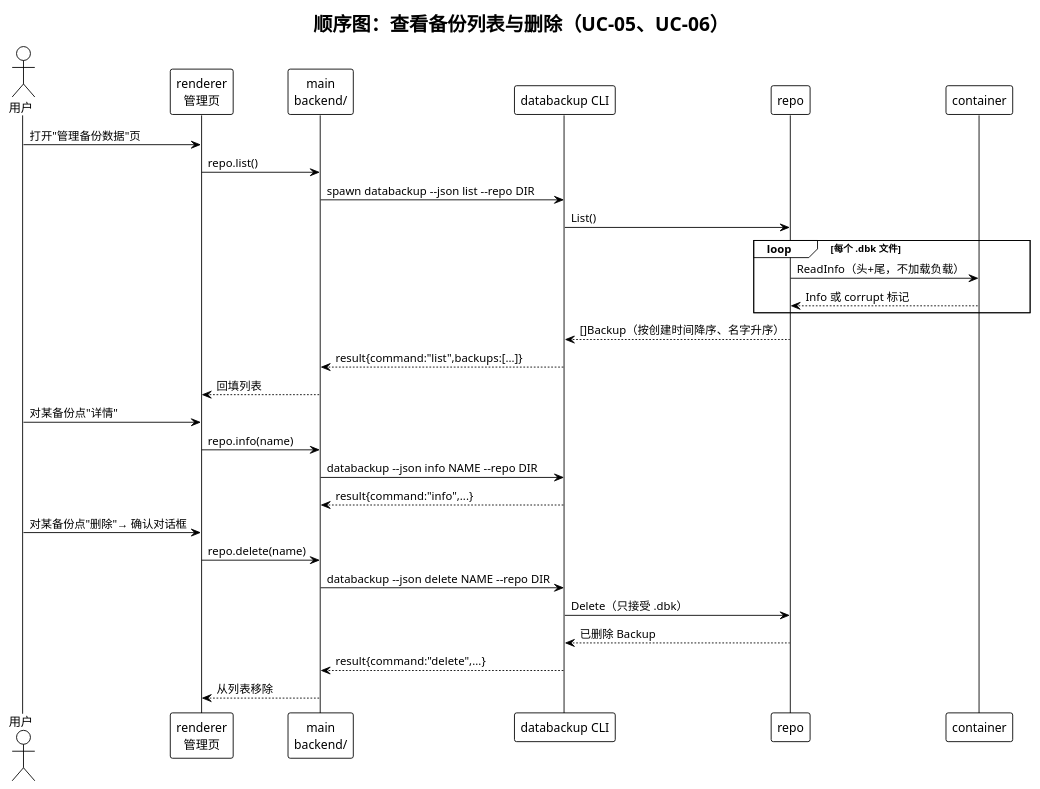
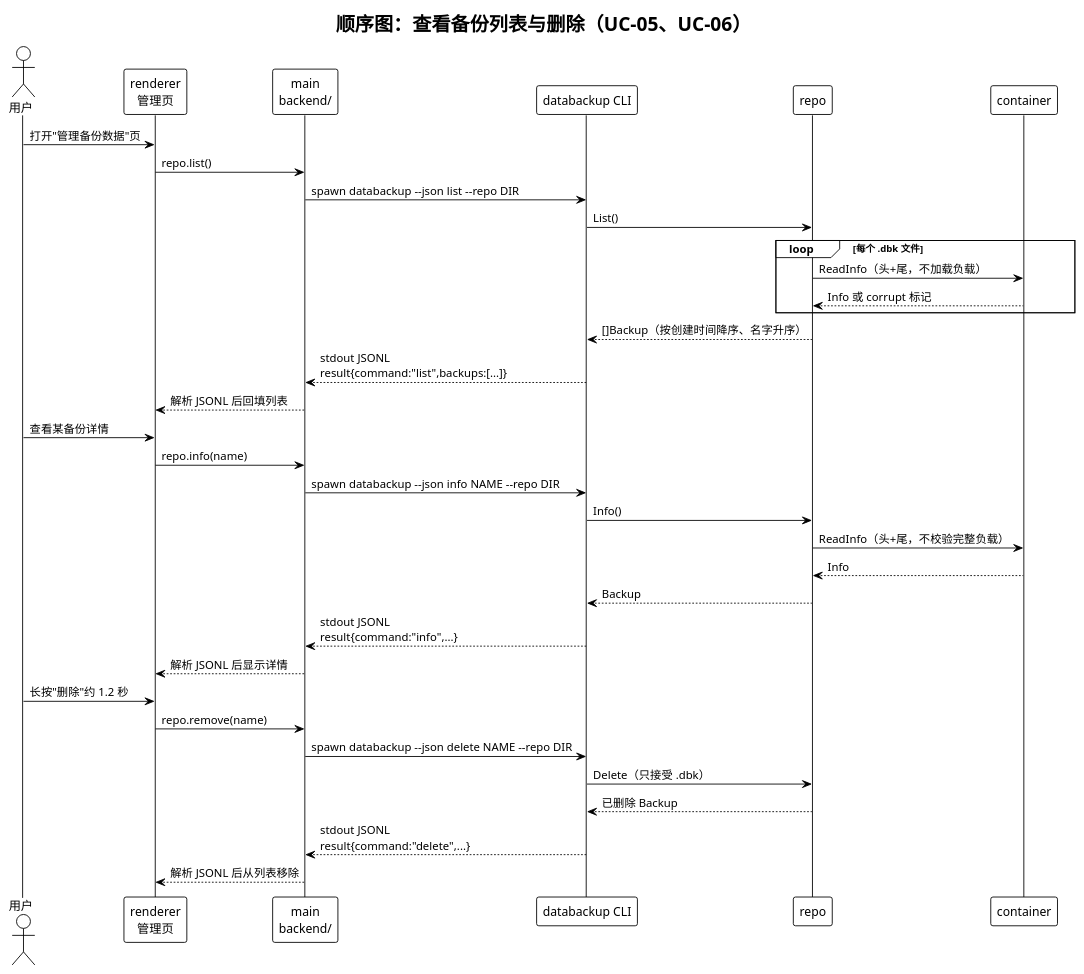
The diagram in docs/deliverables/diagrams/seq-list-delete.puml (Piaoxuemoli/software-class-qoobeewang), drawn with PlantUML before and after one commit. The commit also changed 26 other files, not shown here.

```diff
--- a/docs/deliverables/diagrams/seq-list-delete.puml
+++ b/docs/deliverables/diagrams/seq-list-delete.puml
@@ -1,36 +1,41 @@
 @startuml seq-list-delete
 !theme plain
 title 顺序图：查看备份列表与删除（UC-05、UC-06）
 
 actor 用户 as U
 participant "renderer\n管理页" as R
 participant "main\nbackend/" as M
 participant "databackup CLI" as C
 participant "repo" as RE
 participant "container" as CT
 
 U -> R : 打开"管理备份数据"页
 R -> M : repo.list()
 M -> C : spawn databackup ~--json list ~--repo DIR
 C -> RE : List()
 loop 每个 .dbk 文件
   RE -> CT : ReadInfo（头+尾，不加载负载）
   CT --> RE : Info 或 corrupt 标记
 end
 RE --> C : []Backup（按创建时间降序、名字升序）
-C --> M : result{command:"list",backups:[...]}
-M --> R : 回填列表
+C --> M : stdout JSONL\nresult{command:"list",backups:[...]}
+M --> R : 解析 JSONL 后回填列表
 
-U -> R : 对某备份点"详情"
+U -> R : 查看某备份详情
 R -> M : repo.info(name)
-M -> C : databackup ~--json info NAME ~--repo DIR
-C --> M : result{command:"info",...}
+M -> C : spawn databackup ~--json info NAME ~--repo DIR
+C -> RE : Info()
+RE -> CT : ReadInfo（头+尾，不校验完整负载）
+CT --> RE : Info
+RE --> C : Backup
+C --> M : stdout JSONL\nresult{command:"info",...}
+M --> R : 解析 JSONL 后显示详情
 
-U -> R : 对某备份点"删除"→ 确认对话框
-R -> M : repo.delete(name)
-M -> C : databackup ~--json delete NAME ~--repo DIR
+U -> R : 长按"删除"约 1.2 秒
+R -> M : repo.remove(name)
+M -> C : spawn databackup ~--json delete NAME ~--repo DIR
 C -> RE : Delete（只接受 .dbk）
 RE --> C : 已删除 Backup
-C --> M : result{command:"delete",...}
-M --> R : 从列表移除
+C --> M : stdout JSONL\nresult{command:"delete",...}
+M --> R : 解析 JSONL 后从列表移除
 @enduml
```
